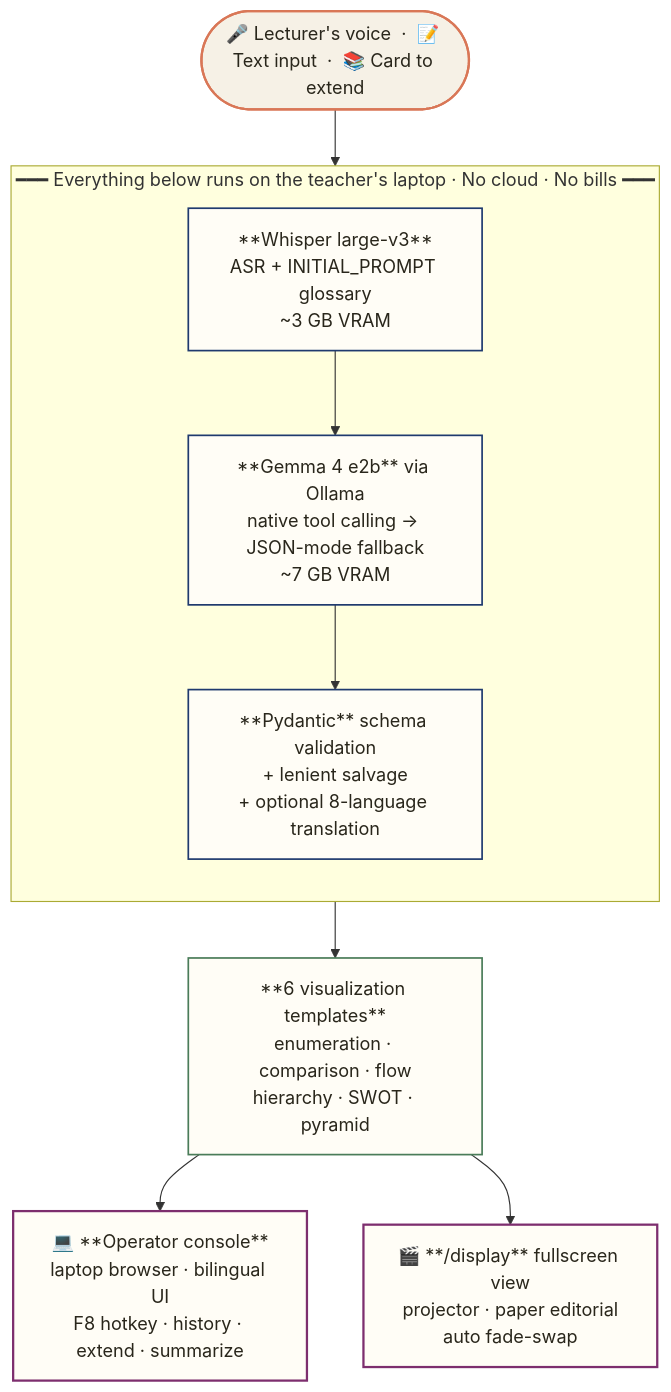
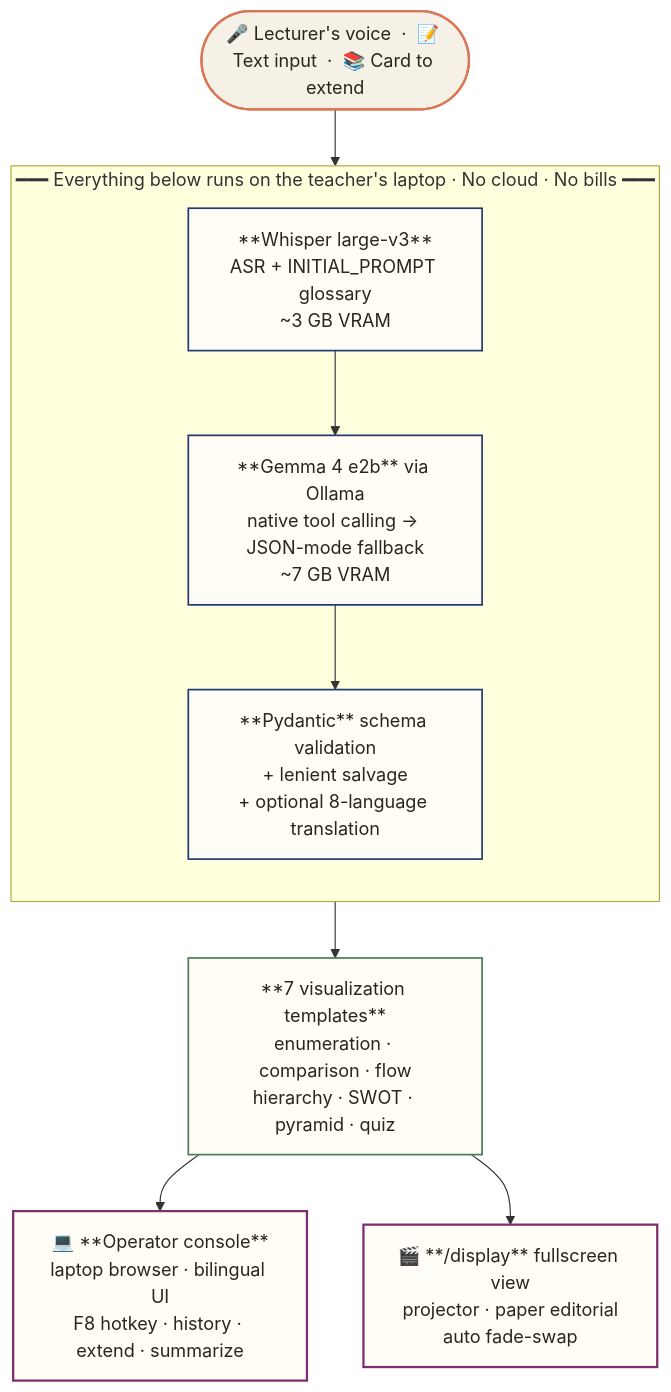
The diagram in README.md (dofliu/Sensei), drawn with Mermaid before and after one commit. The commit also changed other lines of this file and 11 other files, not shown here.

````diff
--- a/README.md
+++ b/README.md
@@ -22,26 +22,26 @@
 ```mermaid
 flowchart TB
     A([🎤 Lecturer's voice &nbsp;·&nbsp; 📝 Text input &nbsp;·&nbsp; 📚 Card to extend])
     A --> B
 
     subgraph s1 ["━━━ Everything below runs on the teacher's laptop · No cloud · No bills ━━━"]
         direction TB
         B["**Whisper large-v3**<br/>ASR + INITIAL_PROMPT glossary<br/>~3 GB VRAM"]
         C["**Gemma 4 e2b** via Ollama<br/>native tool calling → JSON-mode fallback<br/>~7 GB VRAM"]
         D["**Pydantic** schema validation<br/>+ lenient salvage<br/>+ optional 8-language translation"]
         B --> C --> D
     end
 
-    D --> E["**6 visualization templates**<br/>enumeration · comparison · flow<br/>hierarchy · SWOT · pyramid"]
+    D --> E["**7 visualization templates**<br/>enumeration · comparison · flow<br/>hierarchy · SWOT · pyramid · quiz"]
     E --> F["💻 **Operator console**<br/>laptop browser · bilingual UI<br/>F8 hotkey · history · extend · summarize"]
     E --> G["🎬 **/display** fullscreen view<br/>projector · paper editorial<br/>auto fade-swap"]
 
     classDef input fill:#f6f1e6,stroke:#D97757,stroke-width:2px,color:#29261b
     classDef process fill:#fffdf6,stroke:#1F3A6E,stroke-width:1.5px,color:#29261b
     classDef render fill:#fffdf6,stroke:#4A7C59,stroke-width:1.5px,color:#29261b
     classDef output fill:#fffdf6,stroke:#7D2E6E,stroke-width:2px,color:#29261b
     class A input
     class B,C,D process
     class E render
     class F,G output
 ```
````
